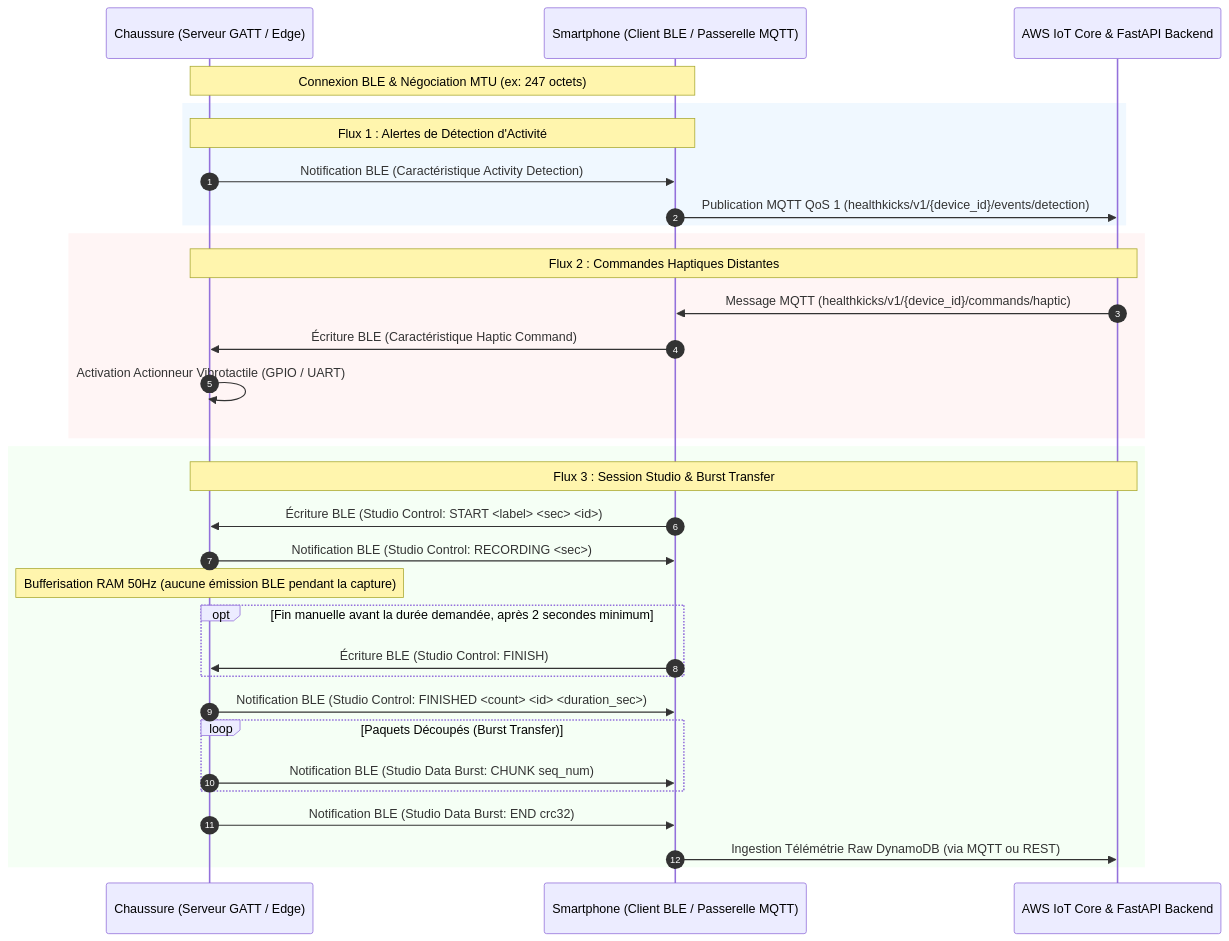
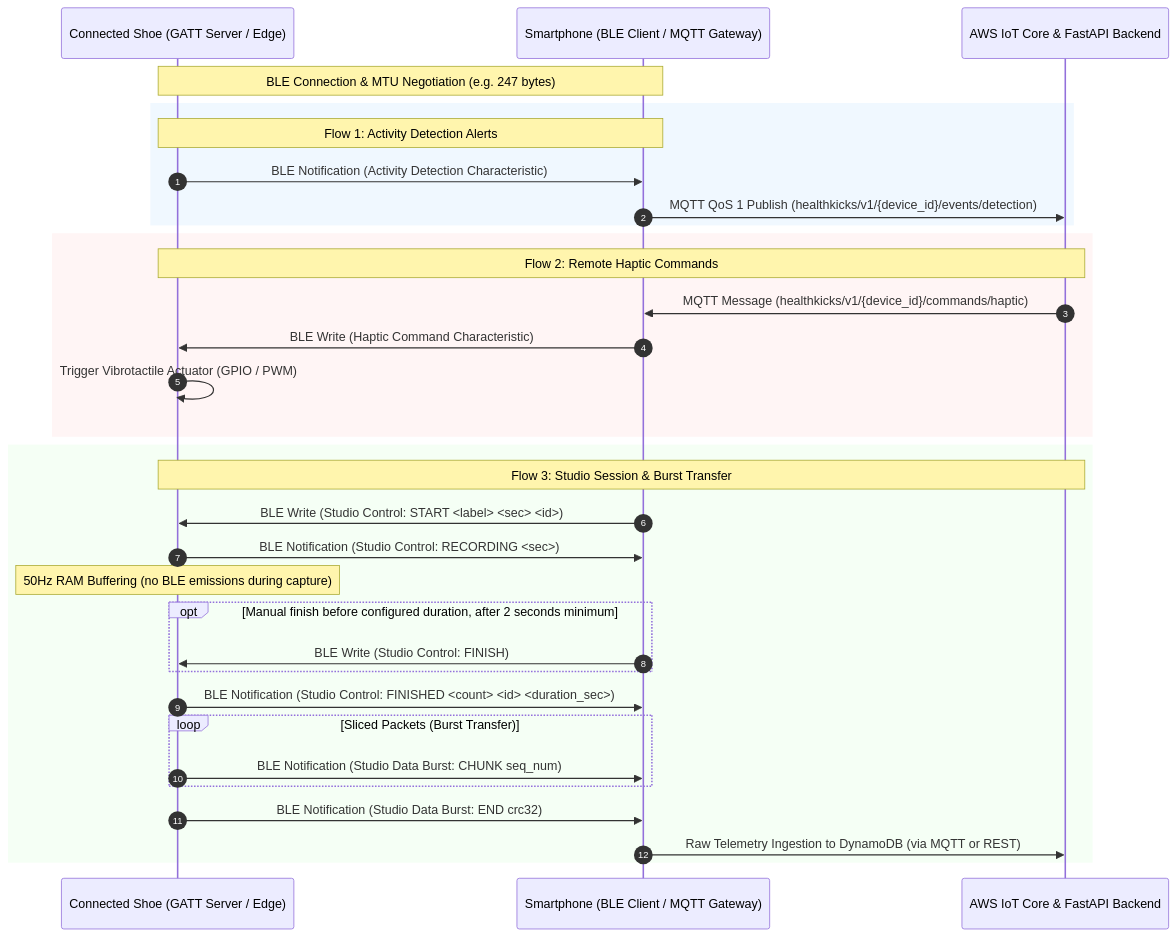
Before and after one commit to daverck/health-kicks-ecosystem: the diagram in contracts/ble_gatt_specs.md, drawn with Mermaid. The commit also changed other lines of this file and 20 other files, not shown here.

````diff
--- a/contracts/ble_gatt_specs.md
+++ b/contracts/ble_gatt_specs.md
@@ -9,38 +9,38 @@
 ```mermaid
 sequenceDiagram
     autonumber
-    participant Footwear as Chaussure (Serveur GATT / Edge)
-    participant Mobile as Smartphone (Client BLE / Passerelle MQTT)
+    participant Footwear as Connected Shoe (GATT Server / Edge)
+    participant Mobile as Smartphone (BLE Client / MQTT Gateway)
     participant Cloud as AWS IoT Core & FastAPI Backend
 
-    Note over Footwear,Mobile: Connexion BLE & Négociation MTU (ex: 247 octets)
+    Note over Footwear,Mobile: BLE Connection & MTU Negotiation (e.g. 247 bytes)
 
     rect rgb(240, 248, 255)
-    Note over Footwear,Mobile: Flux 1 : Alertes de Détection d'Activité
-    Footwear->>Mobile: Notification BLE (Caractéristique Activity Detection)
-    Mobile->>Cloud: Publication MQTT QoS 1 (healthkicks/v1/{device_id}/events/detection)
+    Note over Footwear,Mobile: Flow 1: Activity Detection Alerts
+    Footwear->>Mobile: BLE Notification (Activity Detection Characteristic)
+    Mobile->>Cloud: MQTT QoS 1 Publish (healthkicks/v1/{device_id}/events/detection)
     end
 
     rect rgb(255, 245, 245)
-    Note over Cloud,Footwear: Flux 2 : Commandes Haptiques Distantes
-    Cloud->>Mobile: Message MQTT (healthkicks/v1/{device_id}/commands/haptic)
-    Mobile->>Footwear: Écriture BLE (Caractéristique Haptic Command)
-    Footwear->>Footwear: Activation Actionneur Vibrotactile (GPIO / UART)
+    Note over Cloud,Footwear: Flow 2: Remote Haptic Commands
+    Cloud->>Mobile: MQTT Message (healthkicks/v1/{device_id}/commands/haptic)
+    Mobile->>Footwear: BLE Write (Haptic Command Characteristic)
+    Footwear->>Footwear: Trigger Vibrotactile Actuator (GPIO / PWM)
     end
 
     rect rgb(245, 255, 245)
-    Note over Footwear,Cloud: Flux 3 : Session Studio & Burst Transfer
-    Mobile->>Footwear: Écriture BLE (Studio Control: START <label> <sec> <id>)
-    Footwear->>Mobile: Notification BLE (Studio Control: RECORDING <sec>)
-    Note over Footwear: Bufferisation RAM 50Hz (aucune émission BLE pendant la capture)
-    opt Fin manuelle avant la durée demandée, après 2 secondes minimum
-        Mobile->>Footwear: Écriture BLE (Studio Control: FINISH)
+    Note over Footwear,Cloud: Flow 3: Studio Session & Burst Transfer
+    Mobile->>Footwear: BLE Write (Studio Control: START <label> <sec> <id>)
+    Footwear->>Mobile: BLE Notification (Studio Control: RECORDING <sec>)
+    Note over Footwear: 50Hz RAM Buffering (no BLE emissions during capture)
+    opt Manual finish before configured duration, after 2 seconds minimum
+        Mobile->>Footwear: BLE Write (Studio Control: FINISH)
     end
-    Footwear->>Mobile: Notification BLE (Studio Control: FINISHED <count> <id> <duration_sec>)
-    loop Paquets Découpés (Burst Transfer)
-        Footwear->>Mobile: Notification BLE (Studio Data Burst: CHUNK seq_num)
+    Footwear->>Mobile: BLE Notification (Studio Control: FINISHED <count> <id> <duration_sec>)
+    loop Sliced Packets (Burst Transfer)
+        Footwear->>Mobile: BLE Notification (Studio Data Burst: CHUNK seq_num)
     end
-    Footwear->>Mobile: Notification BLE (Studio Data Burst: END crc32)
-    Mobile->>Cloud: Ingestion Télémétrie Raw DynamoDB (via MQTT ou REST)
+    Footwear->>Mobile: BLE Notification (Studio Data Burst: END crc32)
+    Mobile->>Cloud: Raw Telemetry Ingestion to DynamoDB (via MQTT or REST)
     end
 ```
````
